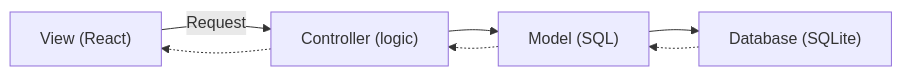
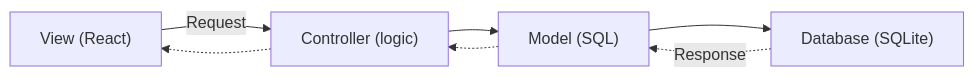
The diagram in README.md (mrgonzales-dev/BuildItRight), drawn with Mermaid before and after one commit. The commit also changed other lines of this file, not shown here.

````diff
--- a/README.md
+++ b/README.md
@@ -36,7 +41,7 @@
 ```mermaid
 flowchart LR
     V["View (React)"] -- "Request" --> C["Controller (logic)"]
     C --> M["Model (SQL)"]
     M --> D["Database (SQLite)"]
-    D -.-> M -.-> C -.-> V
+    D -. "Response" .-> M -.-> C -.-> V
 ```
````
